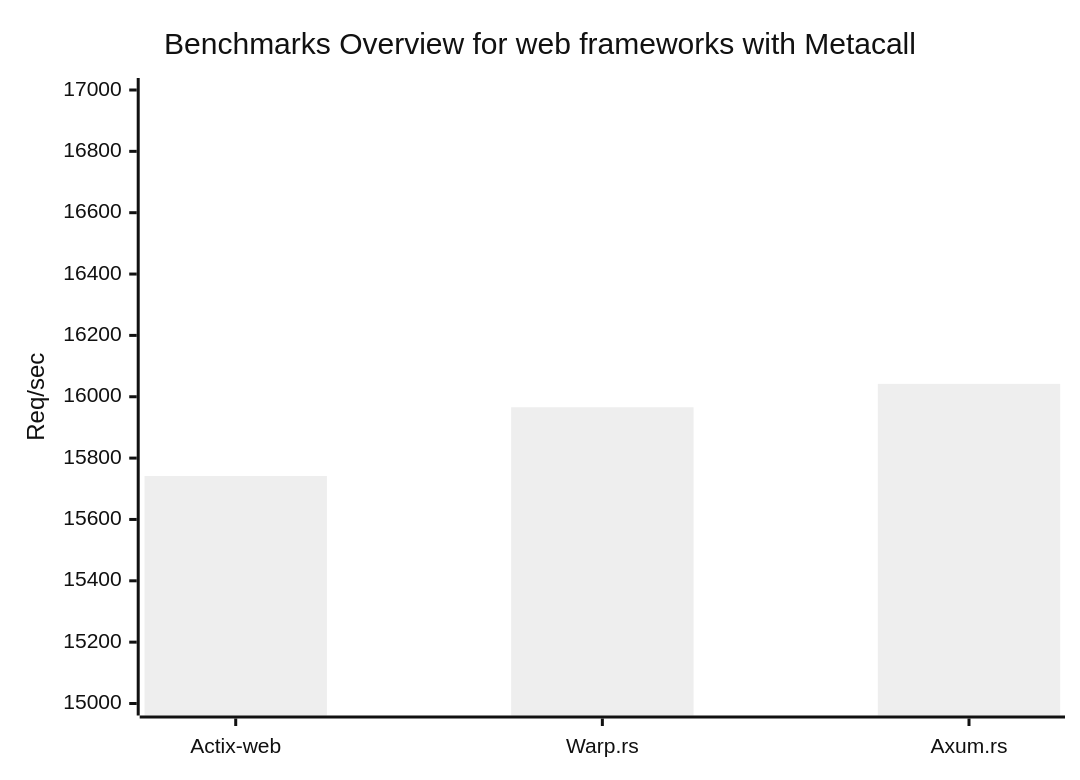
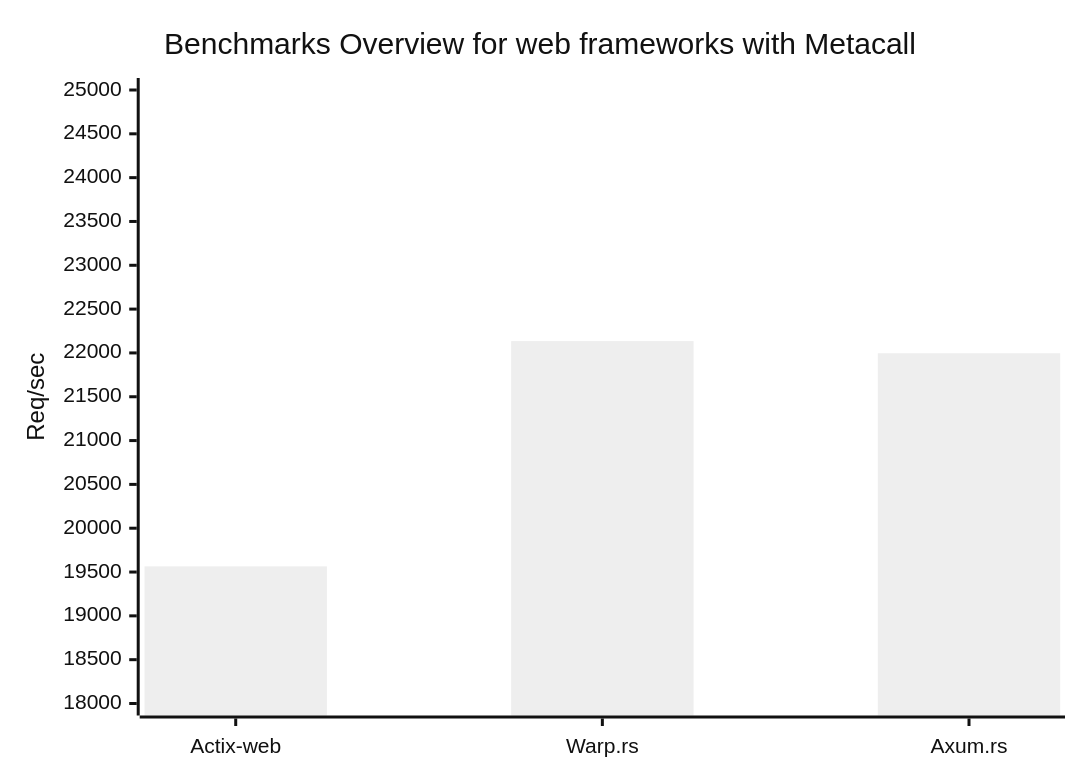
The second of 3 diagrams in README.md (metacall/rust-http-benchmarks), drawn with Mermaid (neutral theme) before and after one commit. The commit also changed other lines of this file, not shown here.

````diff
--- a/README.md
+++ b/README.md
@@ -108,7 +107,7 @@
 ```mermaid
 xychart-beta
     title "Benchmarks Overview for web frameworks with Metacall"
     x-axis [Actix-web, Warp.rs, Axum.rs]
-    y-axis "Req/sec" 15000 --> 17000
-    bar [15741.61,15965.78, 16042.08]
+    y-axis "Req/sec" 18000 --> 25000
+    bar [19565, 22135, 21996]
 ```
````
